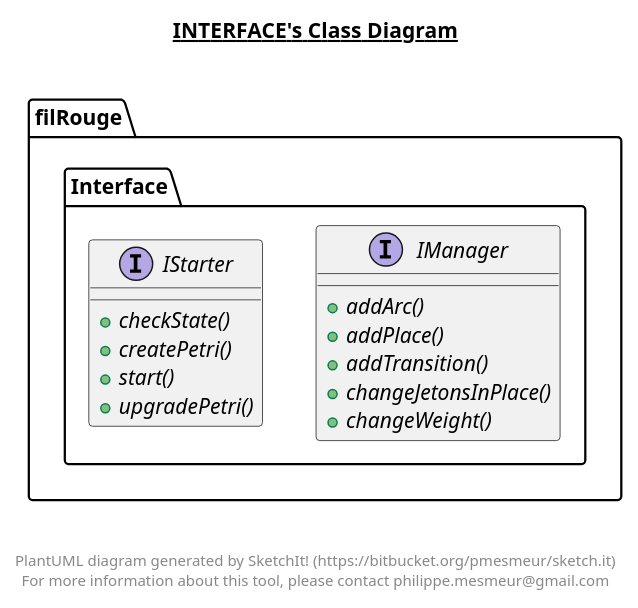
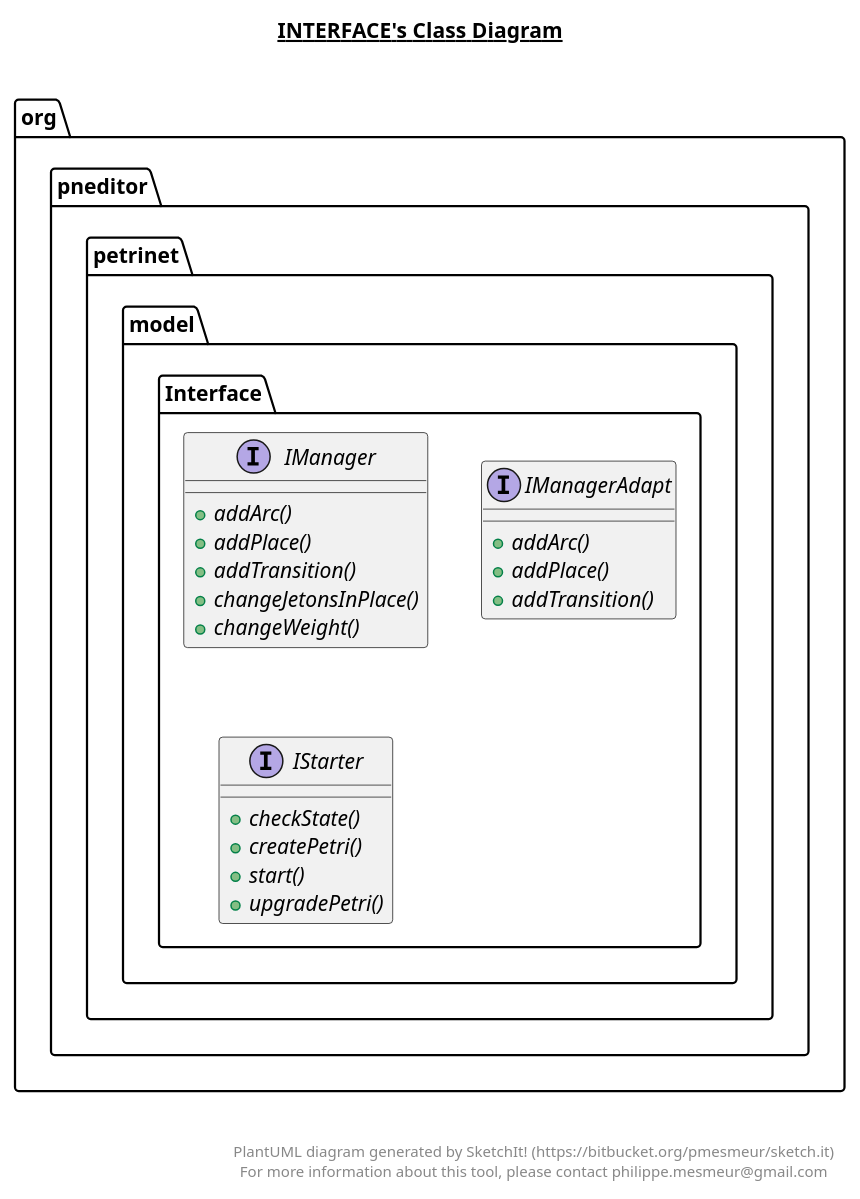
The diagram in bin/org/pneditor/petrinet/model/Interface/Interface.plantuml (SunYe1234/MAPD), drawn with PlantUML before and after one commit. The commit also changed 20 other files, not shown here.

Commit message:
* Adding the deleted logic of comparing net elements * Adding the plantUML files for diagrammes * Modified README * Images for README were added

```diff
--- a/bin/org/pneditor/petrinet/model/Interface/Interface.plantuml
+++ b/bin/org/pneditor/petrinet/model/Interface/Interface.plantuml
@@ -1,35 +1,50 @@
 @startuml
 
 title __INTERFACE's Class Diagram__\n
 
-  namespace filRouge.Interface {
-    interface filRouge.Interface.IManager {
-        {abstract} + addArc()
-        {abstract} + addPlace()
-        {abstract} + addTransition()
-        {abstract} + changeJetonsInPlace()
-        {abstract} + changeWeight()
+  namespace org.pneditor.petrinet {
+    namespace model.Interface {
+      interface org.pneditor.petrinet.model.Interface.IManager {
+          {abstract} + addArc()
+          {abstract} + addPlace()
+          {abstract} + addTransition()
+          {abstract} + changeJetonsInPlace()
+          {abstract} + changeWeight()
+      }
     }
   }
   
 
-  namespace filRouge.Interface {
-    interface filRouge.Interface.IStarter {
-        {abstract} + checkState()
-        {abstract} + createPetri()
-        {abstract} + start()
-        {abstract} + upgradePetri()
+  namespace org.pneditor.petrinet {
+    namespace model.Interface {
+      interface org.pneditor.petrinet.model.Interface.IManagerAdapt {
+          {abstract} + addArc()
+          {abstract} + addPlace()
+          {abstract} + addTransition()
+      }
+    }
+  }
+  
+
+  namespace org.pneditor.petrinet {
+    namespace model.Interface {
+      interface org.pneditor.petrinet.model.Interface.IStarter {
+          {abstract} + checkState()
+          {abstract} + createPetri()
+          {abstract} + start()
+          {abstract} + upgradePetri()
+      }
     }
   }
   
 
 
 
 right footer
 
 
 PlantUML diagram generated by SketchIt! (https://bitbucket.org/pmesmeur/sketch.it)
 For more information about this tool, please contact philippe.mesmeur@gmail.com
 endfooter
 
 @enduml
```
